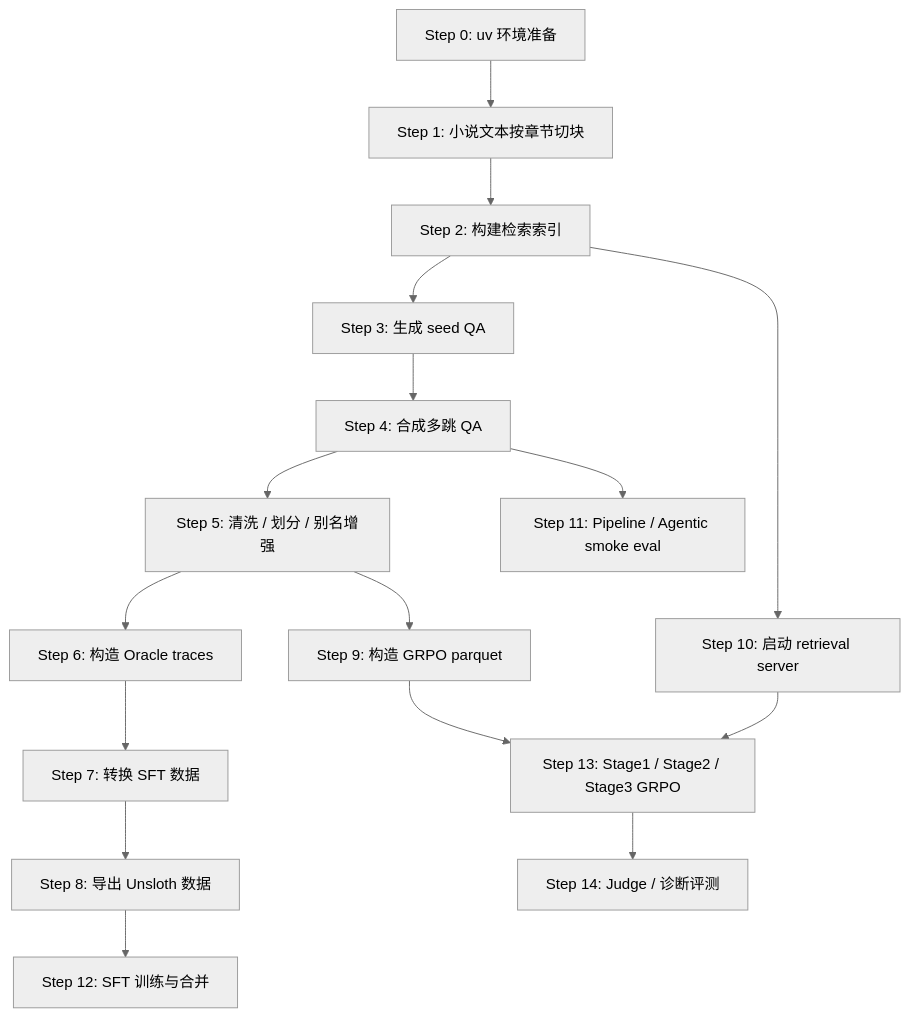
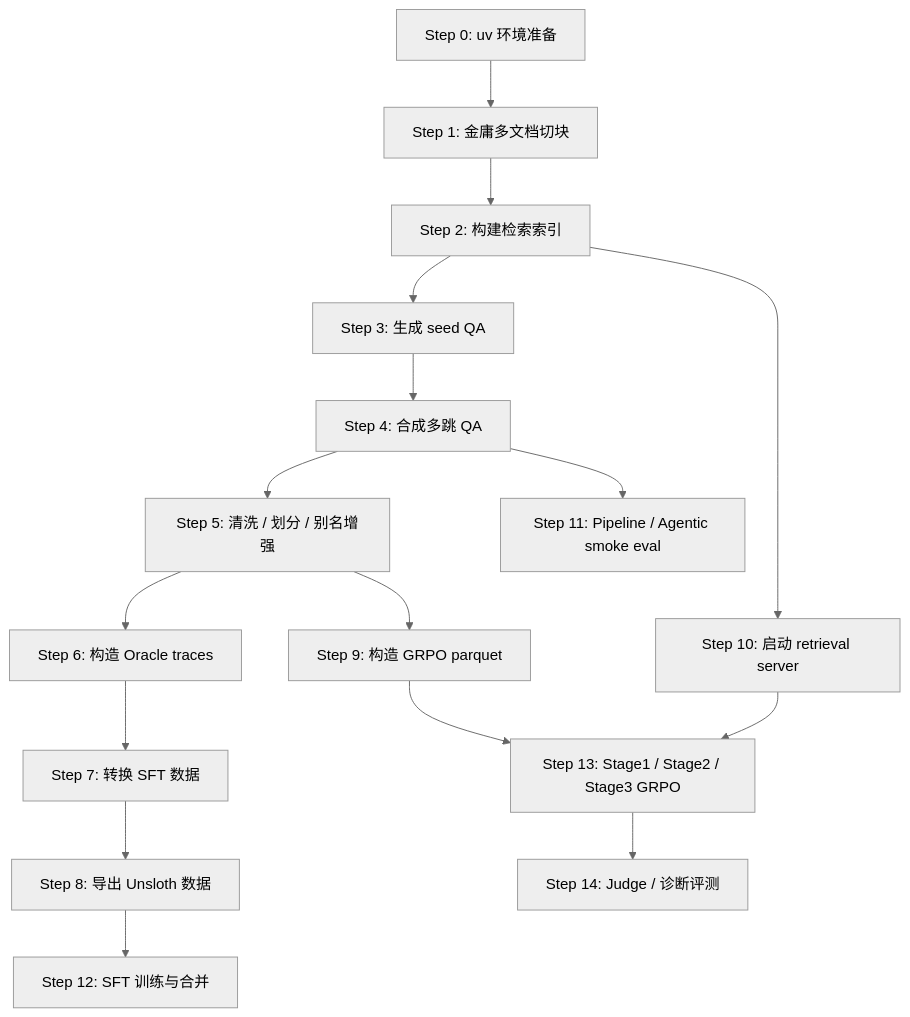
One commit to Lafinger/AgenticRAG-RL changed the first of 16 diagrams in demo/README.md. Above: the diagram before and after it, drawn with Mermaid (neutral theme). The commit also changed other lines of this file and 27 other files, not shown here.

````diff
--- a/demo/README.md
+++ b/demo/README.md
@@ -38,18 +38,18 @@
 ```mermaid
 flowchart TD
-    A["Step 0: uv 环境准备"] --> B["Step 1: 小说文本按章节切块"]
+    A["Step 0: uv 环境准备"] --> B["Step 1: 金庸多文档切块"]
     B --> C["Step 2: 构建检索索引"]
     C --> D["Step 3: 生成 seed QA"]
     D --> E["Step 4: 合成多跳 QA"]
     E --> F["Step 5: 清洗 / 划分 / 别名增强"]
     F --> G["Step 6: 构造 Oracle traces"]
     G --> H["Step 7: 转换 SFT 数据"]
     H --> I["Step 8: 导出 Unsloth 数据"]
     F --> J["Step 9: 构造 GRPO parquet"]
     C --> K["Step 10: 启动 retrieval server"]
     E --> L["Step 11: Pipeline / Agentic smoke eval"]
     I --> M["Step 12: SFT 训练与合并"]
     J --> N["Step 13: Stage1 / Stage2 / Stage3 GRPO"]
     K --> N
     N --> O["Step 14: Judge / 诊断评测"]
 ```
````
